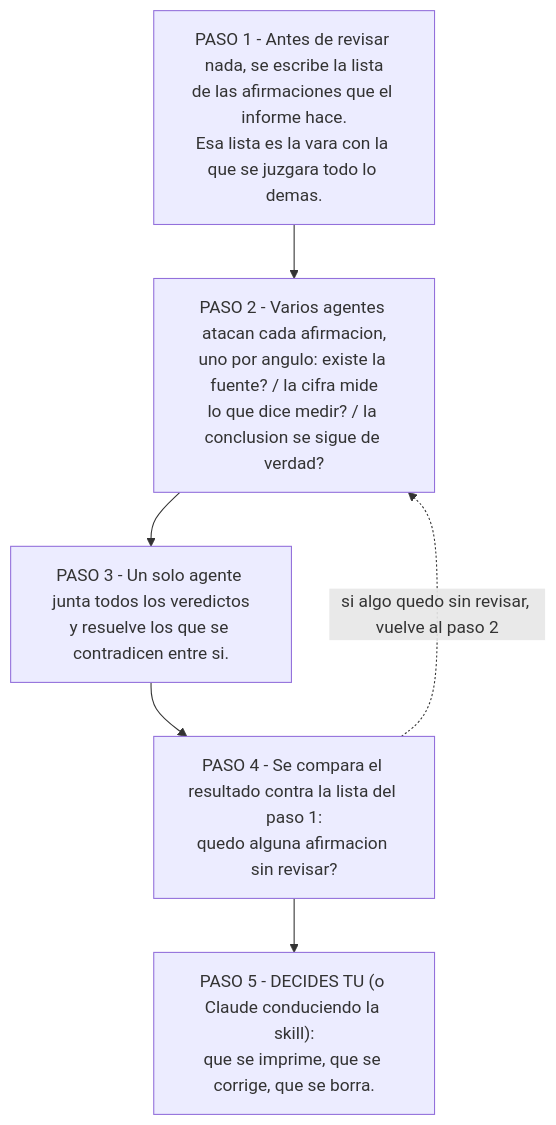
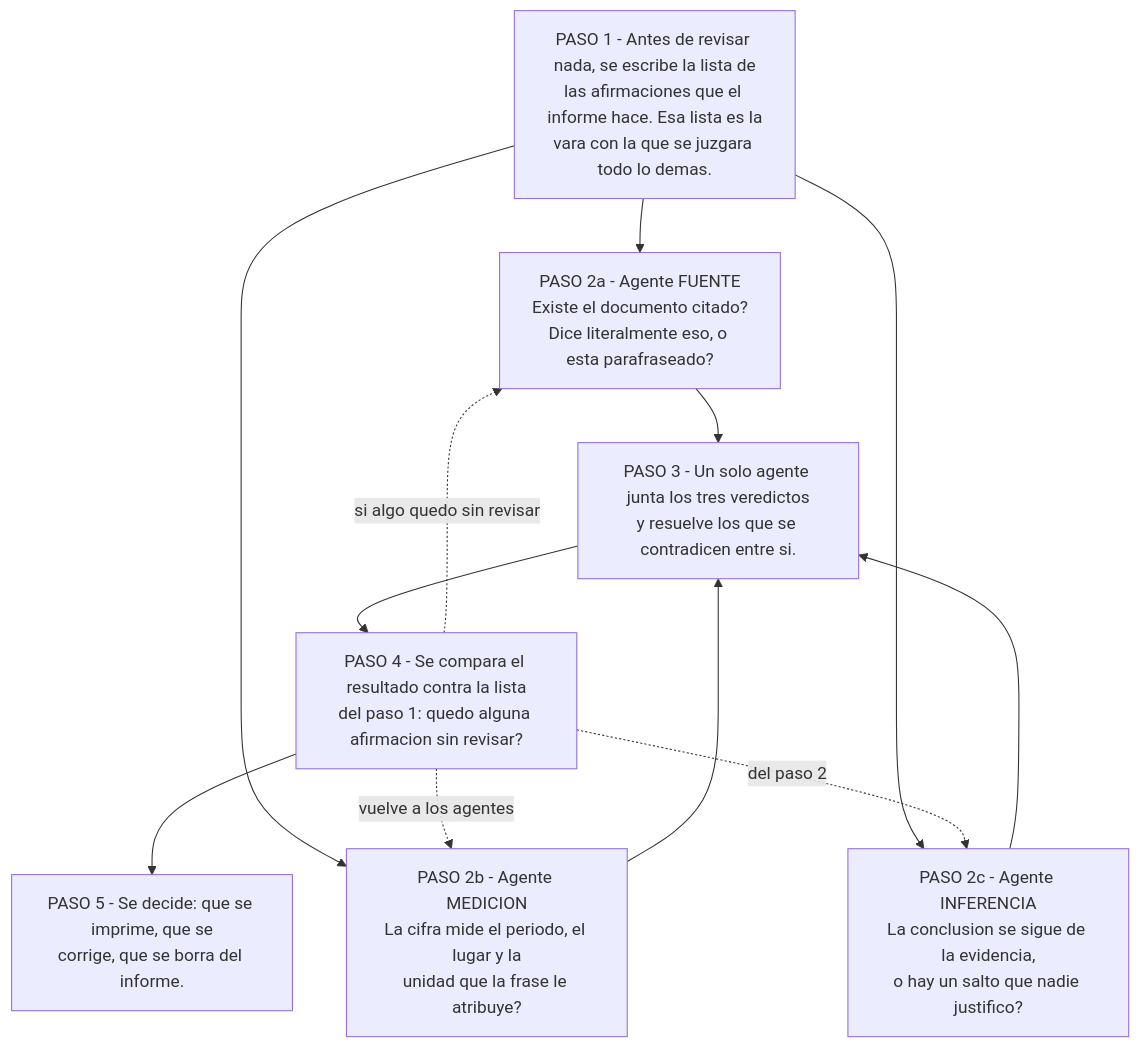
One commit to JoaquinMulet/kumo-skills changed the third of 3 diagrams in README.md. Above: the diagram before and after it, drawn with Mermaid. The commit also changed other lines of this file and 1 other file, not shown here.

````diff
--- a/README.md
+++ b/README.md
@@ -118,11 +118,26 @@
 ```mermaid
 flowchart TD
-  P1["PASO 1 - Antes de revisar nada, se escribe la lista<br/>de las afirmaciones que el informe hace.<br/>Esa lista es la vara con la que se juzgara todo lo demas."]
-  P2["PASO 2 - Varios agentes atacan cada afirmacion,<br/>uno por angulo: existe la fuente? / la cifra mide<br/>lo que dice medir? / la conclusion se sigue de verdad?"]
-  P3["PASO 3 - Un solo agente junta todos los veredictos<br/>y resuelve los que se contradicen entre si."]
-  P4["PASO 4 - Se compara el resultado contra la lista del paso 1:<br/>quedo alguna afirmacion sin revisar?"]
-  P5["PASO 5 - DECIDES TU (o Claude conduciendo la skill):<br/>que se imprime, que se corrige, que se borra."]
+  P1["PASO 1 - Antes de revisar nada, se escribe la lista de<br/>las afirmaciones que el informe hace. Esa lista es la<br/>vara con la que se juzgara todo lo demas."]
 
-  P1 --> P2 --> P3 --> P4 --> P5
-  P4 -.->|"si algo quedo sin revisar, vuelve al paso 2"| P2
+  P1 --> A1
+  P1 --> A2
+  P1 --> A3
+
+  A1["PASO 2a - Agente FUENTE<br/>Existe el documento citado?<br/>Dice literalmente eso, o esta parafraseado?"]
+  A2["PASO 2b - Agente MEDICION<br/>La cifra mide el periodo, el lugar y la<br/>unidad que la frase le atribuye?"]
+  A3["PASO 2c - Agente INFERENCIA<br/>La conclusion se sigue de la evidencia,<br/>o hay un salto que nadie justifico?"]
+
+  A1 --> P3
+  A2 --> P3
+  A3 --> P3
+
+  P3["PASO 3 - Un solo agente junta los tres veredictos<br/>y resuelve los que se contradicen entre si."]
+  P3 --> P4
+  P4["PASO 4 - Se compara el resultado contra la lista<br/>del paso 1: quedo alguna afirmacion sin revisar?"]
+  P4 --> P5
+  P5["PASO 5 - Se decide: que se imprime, que se<br/>corrige, que se borra del informe."]
+
+  P4 -.->|"si algo quedo sin revisar"| A1
+  P4 -.->|"vuelve a los agentes"| A2
+  P4 -.->|"del paso 2"| A3
 ```
````
